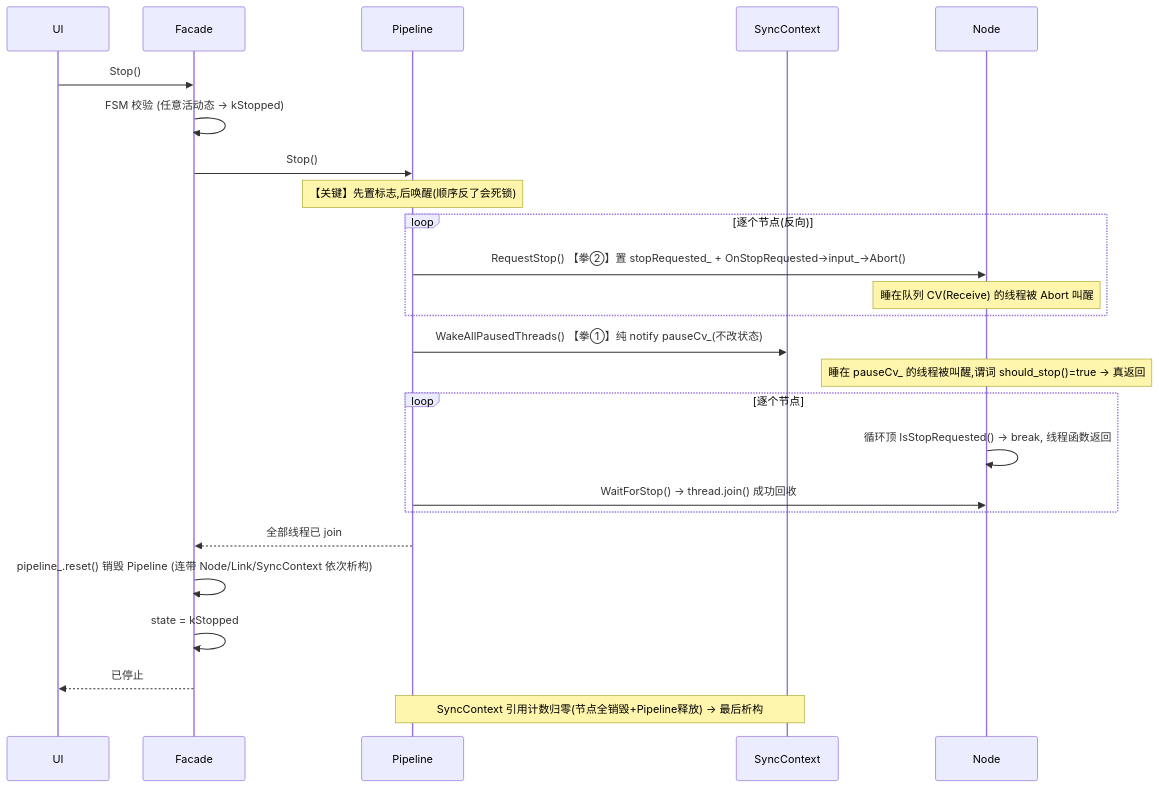
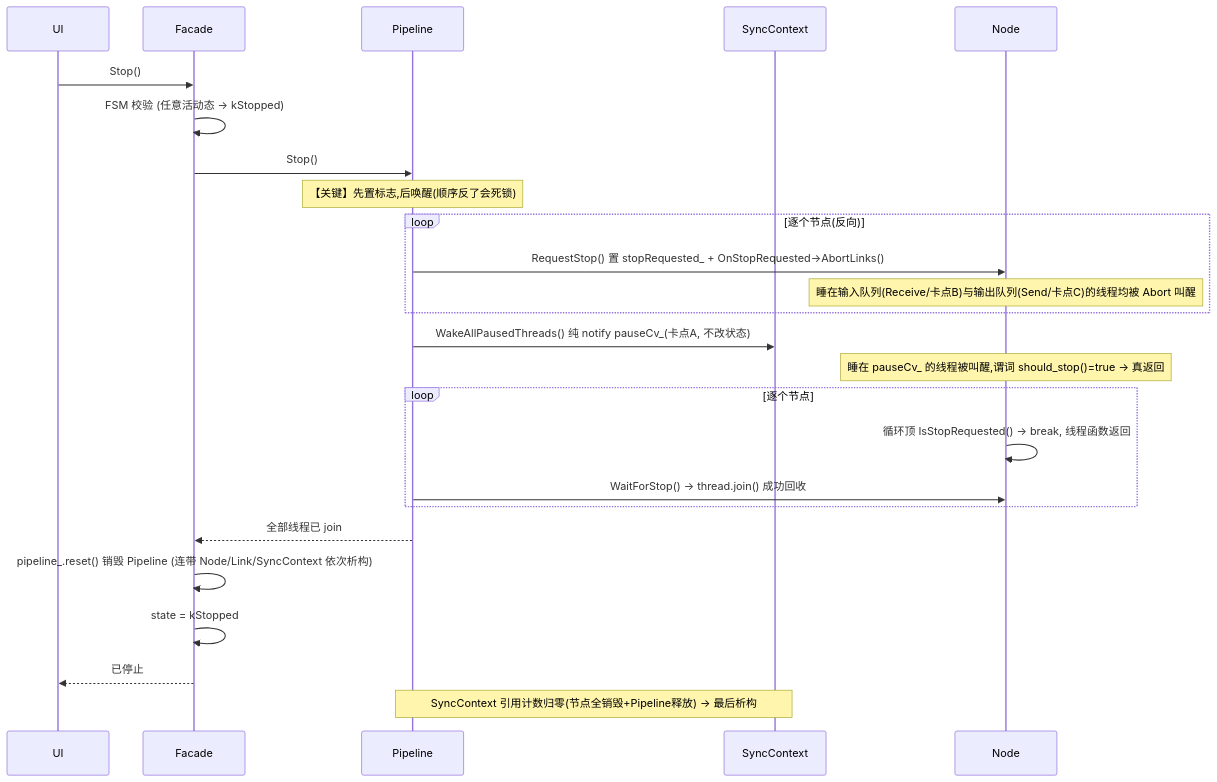
Before and after one commit to fuzhanmeng/media_player: the eighth of 9 diagrams in ARCHITECTURE.md, drawn with Mermaid. The commit also changed other lines of this file and 11 other files, not shown here.

First line of the commit message:
feat(dag): D10 重构 INode 层次，ThreadMain 上移 + AbortLinks 闭合卡点 C

````diff
--- a/ARCHITECTURE.md
+++ b/ARCHITECTURE.md
@@ -411,28 +411,28 @@
 ```mermaid
 sequenceDiagram
     participant UI
     participant Facade
     participant Pipeline
     participant SyncContext
     participant Node
 
     UI->>Facade: Stop()
     Facade->>Facade: FSM 校验 (任意活动态 → kStopped)
     Facade->>Pipeline: Stop()
     Note over Pipeline: 【关键】先置标志,后唤醒(顺序反了会死锁)
     loop 逐个节点(反向)
-        Pipeline->>Node: RequestStop()  【拳②】置 stopRequested_ + OnStopRequested→input_->Abort()
-        Note over Node: 睡在队列 CV(Receive) 的线程被 Abort 叫醒
+        Pipeline->>Node: RequestStop() 置 stopRequested_ + OnStopRequested→AbortLinks()
+        Note over Node: 睡在输入队列(Receive/卡点B)与输出队列(Send/卡点C)的线程均被 Abort 叫醒
     end
-    Pipeline->>SyncContext: WakeAllPausedThreads()  【拳①】纯 notify pauseCv_(不改状态)
+    Pipeline->>SyncContext: WakeAllPausedThreads() 纯 notify pauseCv_(卡点A, 不改状态)
     Note over Node: 睡在 pauseCv_ 的线程被叫醒,谓词 should_stop()=true → 真返回
     loop 逐个节点
         Node->>Node: 循环顶 IsStopRequested() → break, 线程函数返回
         Pipeline->>Node: WaitForStop() → thread.join() 成功回收
     end
     Pipeline-->>Facade: 全部线程已 join
     Facade->>Facade: pipeline_.reset()  销毁 Pipeline (连带 Node/Link/SyncContext 依次析构)
     Facade->>Facade: state = kStopped
     Facade-->>UI: 已停止
     Note over Pipeline,SyncContext: SyncContext 引用计数归零(节点全销毁+Pipeline释放) → 最后析构
 ```
````
